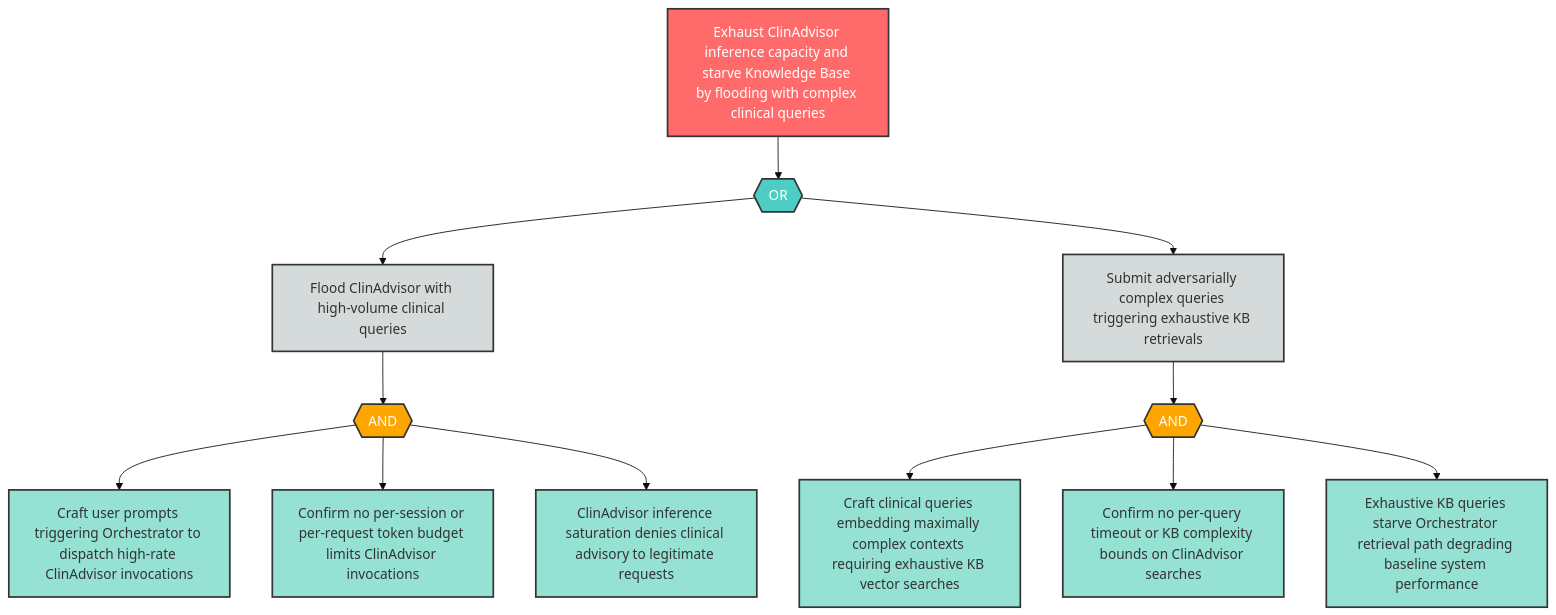
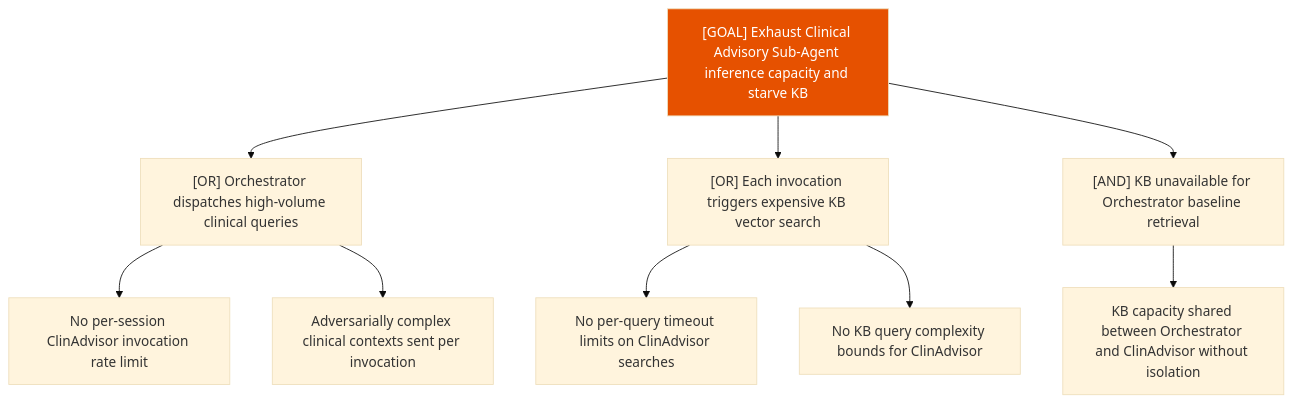
Before and after one commit to q-qp-p/davidmatousek-tachi: the diagram in examples/agentic-app/sample-report/attack-trees/d-9-attack-tree.md, drawn with Mermaid (base theme). The commit also changed other lines of this file and 132 other files, not shown here.

````diff
--- a/examples/agentic-app/sample-report/attack-trees/d-9-attack-tree.md
+++ b/examples/agentic-app/sample-report/attack-trees/d-9-attack-tree.md
@@ -8,39 +7,14 @@
 ```mermaid
-flowchart TD
-    D9_root["Exhaust ClinAdvisor inference capacity and starve Knowledge Base by flooding with complex clinical queries"]
-    D9_or1{{"OR"}}
-    D9_sub1["Flood ClinAdvisor with high-volume clinical queries"]
-    D9_sub2["Submit adversarially complex queries triggering exhaustive KB retrievals"]
-    D9_and1{{"AND"}}
-    D9_leaf1["Craft user prompts triggering Orchestrator to dispatch high-rate ClinAdvisor invocations"]
-    D9_leaf2["Confirm no per-session or per-request token budget limits ClinAdvisor invocations"]
-    D9_leaf3["ClinAdvisor inference saturation denies clinical advisory to legitimate requests"]
-    D9_and2{{"AND"}}
-    D9_leaf4["Craft clinical queries embedding maximally complex contexts requiring exhaustive KB vector searches"]
-    D9_leaf5["Confirm no per-query timeout or KB complexity bounds on ClinAdvisor searches"]
-    D9_leaf6["Exhaustive KB queries starve Orchestrator retrieval path degrading baseline system performance"]
-
-    D9_root --> D9_or1
-    D9_or1 --> D9_sub1
-    D9_or1 --> D9_sub2
-    D9_sub1 --> D9_and1
-    D9_and1 --> D9_leaf1
-    D9_and1 --> D9_leaf2
-    D9_and1 --> D9_leaf3
-    D9_sub2 --> D9_and2
-    D9_and2 --> D9_leaf4
-    D9_and2 --> D9_leaf5
-    D9_and2 --> D9_leaf6
-
-    classDef goal fill:#ff6b6b,stroke:#333,stroke-width:2px,color:#fff
-    classDef andGate fill:#ffa500,stroke:#333,stroke-width:2px,color:#fff
-    classDef orGate fill:#4ecdc4,stroke:#333,stroke-width:2px,color:#fff
-    classDef subGoal fill:#d5dbdb,stroke:#333,stroke-width:2px,color:#333
-    classDef leaf fill:#95e1d3,stroke:#333,stroke-width:2px,color:#333
-
-    class D9_root goal
-    class D9_or1 orGate
-    class D9_and1,D9_and2 andGate
-    class D9_sub1,D9_sub2 subGoal
-    class D9_leaf1,D9_leaf2,D9_leaf3,D9_leaf4,D9_leaf5,D9_leaf6 leaf
+graph TD
+    Goal["[GOAL] Exhaust Clinical Advisory Sub-Agent inference capacity and starve KB"]
+    Goal --> A["[OR] Orchestrator dispatches high-volume clinical queries"]
+    A --> A1["No per-session ClinAdvisor invocation rate limit"]
+    A --> A2["Adversarially complex clinical contexts sent per invocation"]
+    Goal --> B["[OR] Each invocation triggers expensive KB vector search"]
+    B --> B1["No per-query timeout limits on ClinAdvisor searches"]
+    B --> B2["No KB query complexity bounds for ClinAdvisor"]
+    Goal --> C["[AND] KB unavailable for Orchestrator baseline retrieval"]
+    C --> C1["KB capacity shared between Orchestrator and ClinAdvisor without isolation"]
+    classDef high fill:#e65100,color:#fff
+    class Goal high
 ```
````
